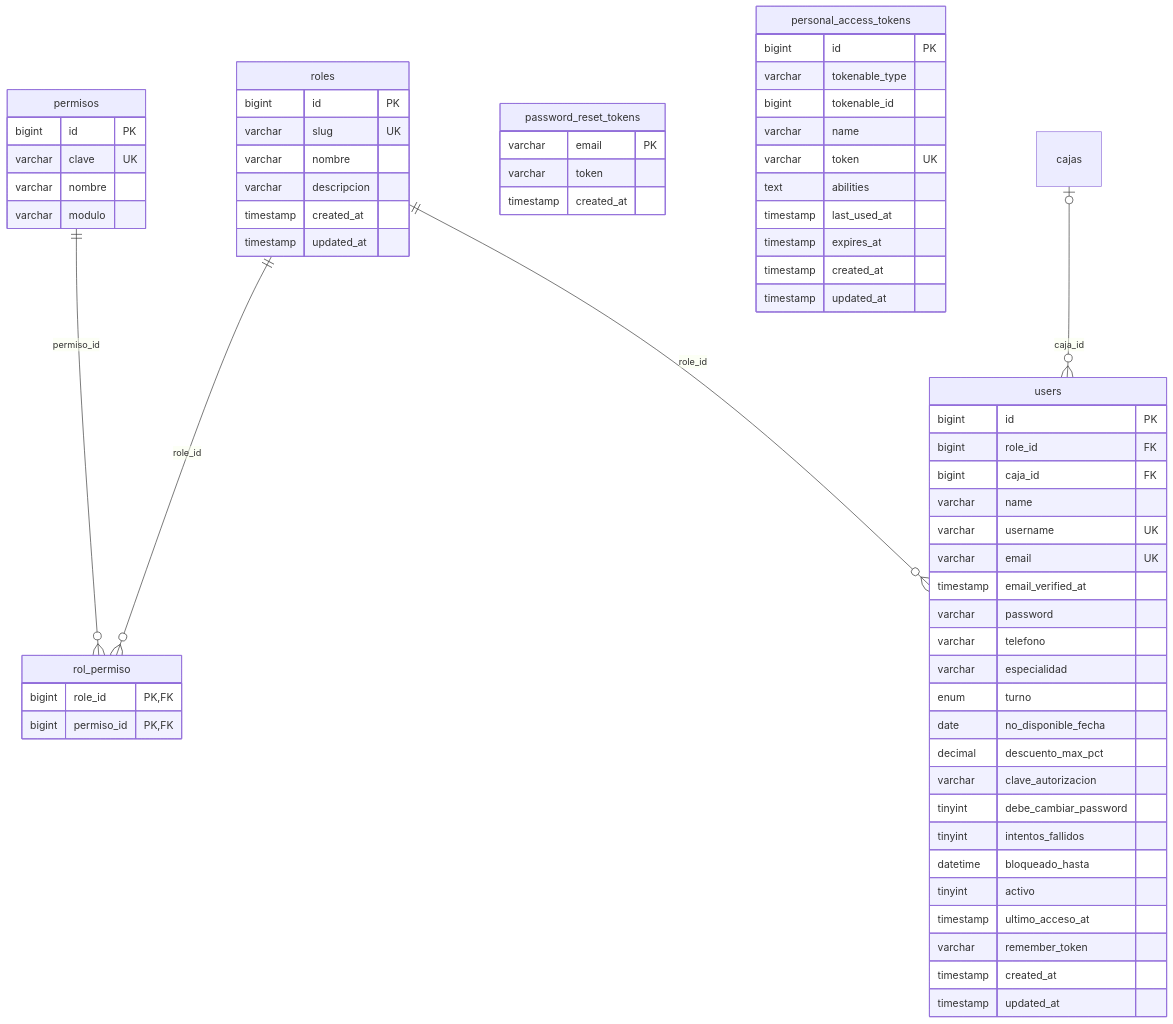
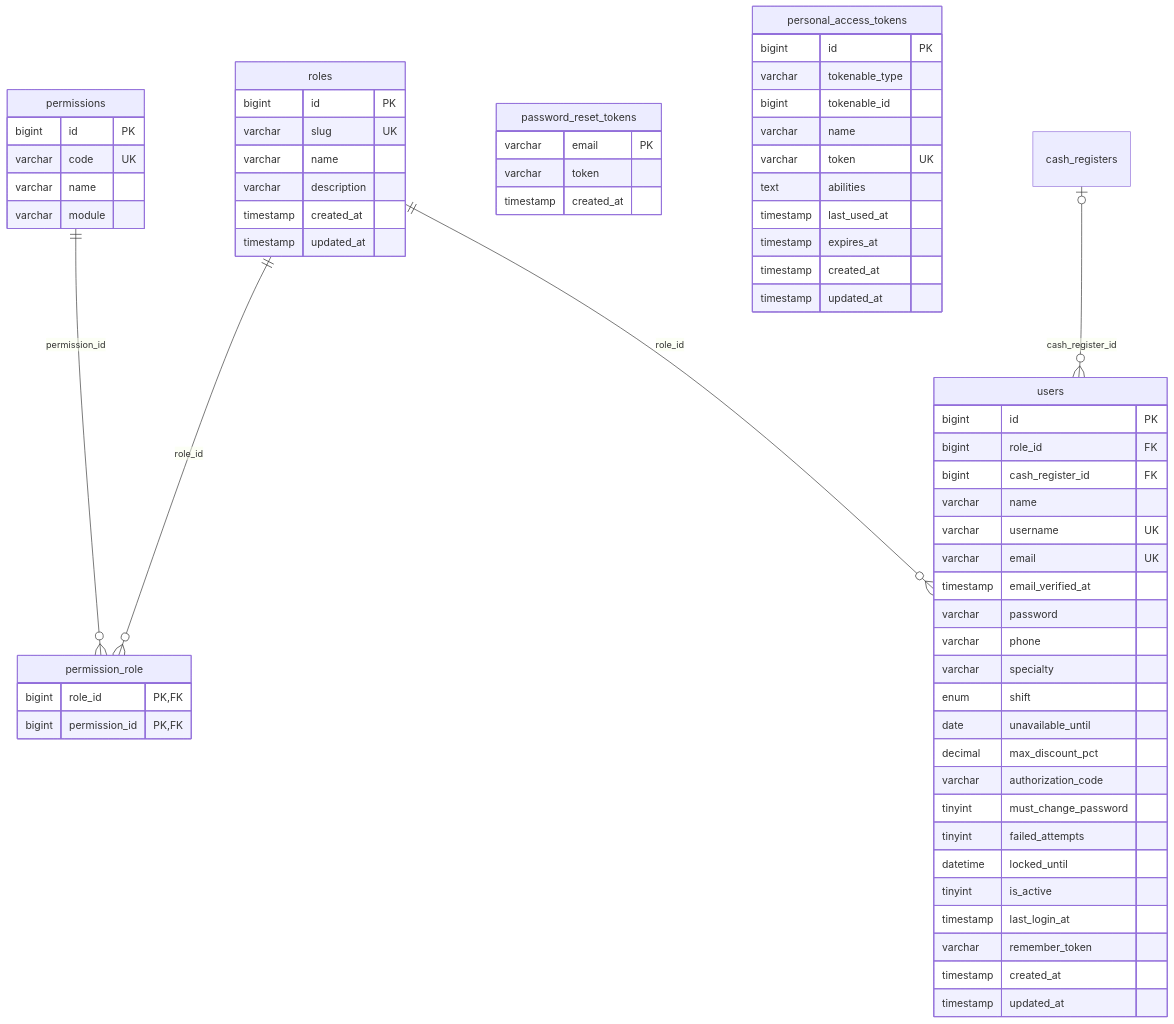
Before and after one commit to dianaaochoa/SHURI-Sistema-Gestion: the second of 8 diagrams in backend/README.md, drawn with Mermaid. The commit also changed other lines of this file and 1 other file, not shown here.

````diff
--- a/backend/README.md
+++ b/backend/README.md
@@ -83,66 +83,66 @@
 ```mermaid
 erDiagram
     roles {
         bigint id PK
         varchar slug UK
-        varchar nombre
-        varchar descripcion
+        varchar name
+        varchar description
         timestamp created_at
         timestamp updated_at
     }
-    permisos {
+    permissions {
         bigint id PK
-        varchar clave UK
-        varchar nombre
-        varchar modulo
+        varchar code UK
+        varchar name
+        varchar module
     }
-    rol_permiso {
+    permission_role {
         bigint role_id PK, FK
-        bigint permiso_id PK, FK
+        bigint permission_id PK, FK
     }
     users {
         bigint id PK
         bigint role_id FK
-        bigint caja_id FK
+        bigint cash_register_id FK
         varchar name
         varchar username UK
         varchar email UK
         timestamp email_verified_at
         varchar password
-        varchar telefono
-        varchar especialidad
-        enum turno
-        date no_disponible_fecha
-        decimal descuento_max_pct
-        varchar clave_autorizacion
-        tinyint debe_cambiar_password
-        tinyint intentos_fallidos
-        datetime bloqueado_hasta
-        tinyint activo
-        timestamp ultimo_acceso_at
+        varchar phone
+        varchar specialty
+        enum shift
+        date unavailable_until
+        decimal max_discount_pct
+        varchar authorization_code
+        tinyint must_change_password
+        tinyint failed_attempts
+        datetime locked_until
+        tinyint is_active
+        timestamp last_login_at
         varchar remember_token
         timestamp created_at
         timestamp updated_at
     }
     password_reset_tokens {
         varchar email PK
         varchar token
         timestamp created_at
     }
     personal_access_tokens {
         bigint id PK
         varchar tokenable_type
         bigint tokenable_id
         varchar name
         varchar token UK
         text abilities
         timestamp last_used_at
         timestamp expires_at
         timestamp created_at
         timestamp updated_at
     }
-    permisos ||--o{ rol_permiso : "permiso_id"
-    roles ||--o{ rol_permiso : "role_id"
-    cajas |o--o{ users : "caja_id"
+    permissions ||--o{ permission_role : "permission_id"
+    roles ||--o{ permission_role : "role_id"
+    cash_registers |o--o{ users : "cash_register_id"
     roles ||--o{ users : "role_id"
 ```
````
